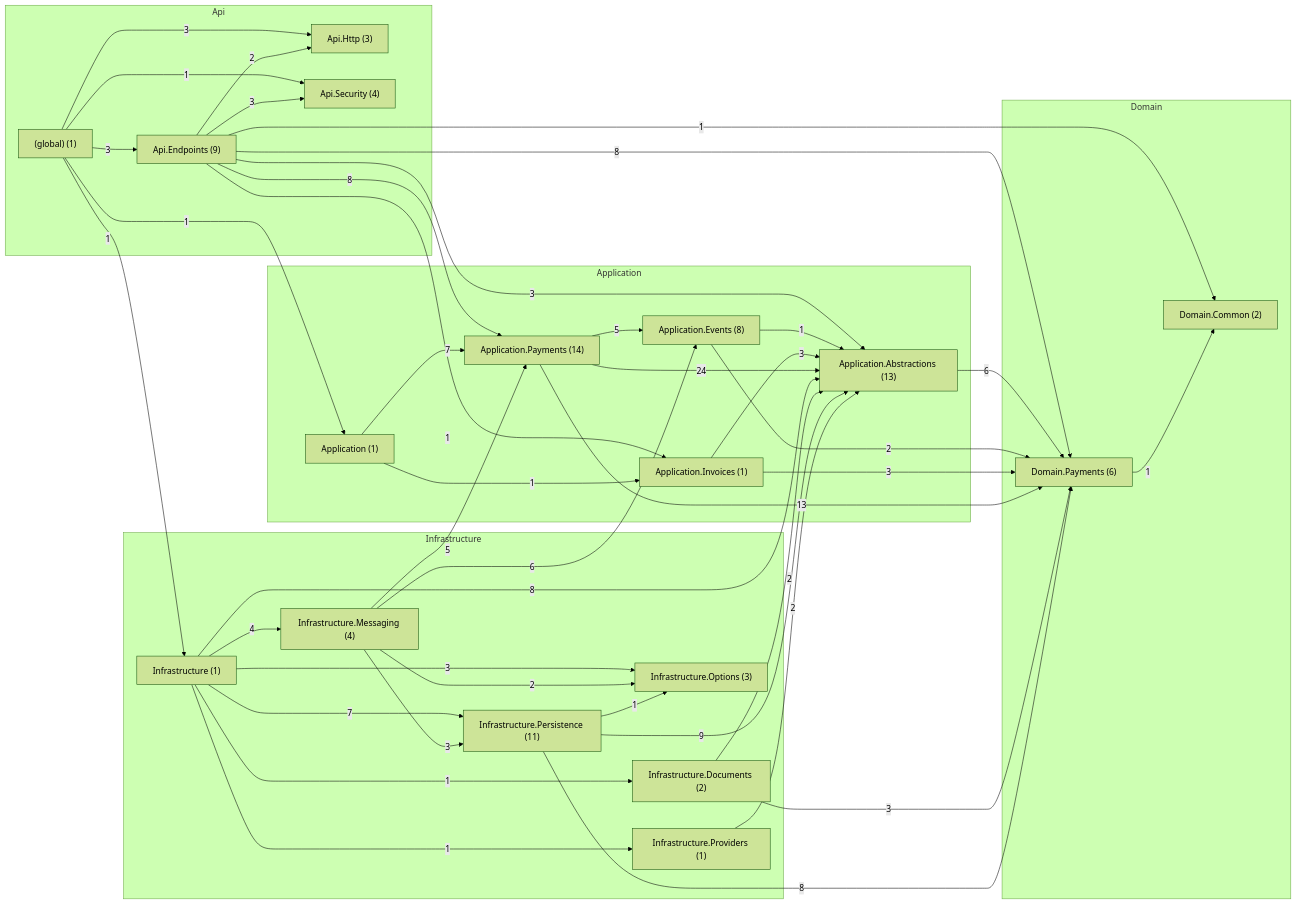
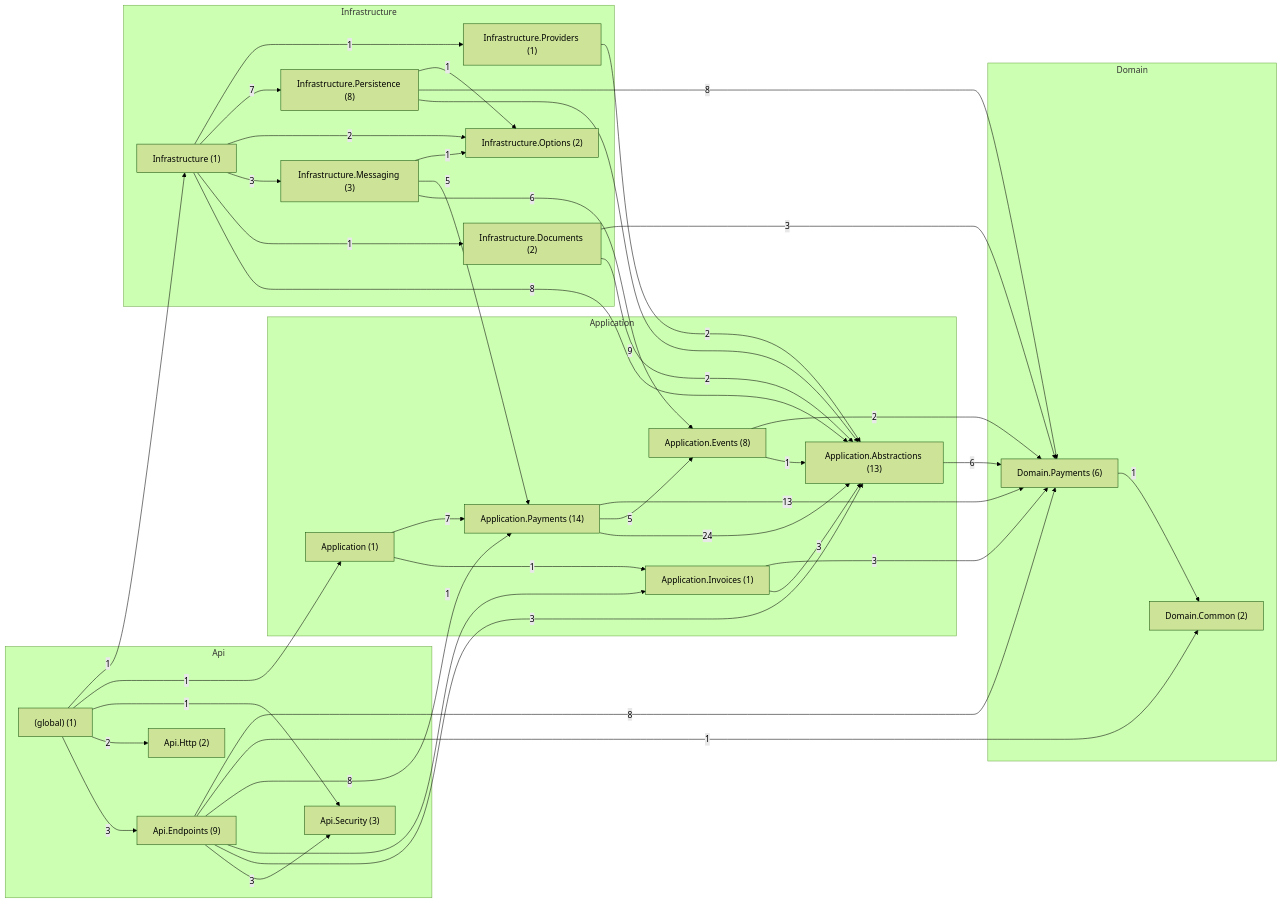
Before and after one commit to ARQUI-202630/quickpatch: the diagram in docs/architecture/codigo/despues/payments/README.md, drawn with Mermaid (forest theme). The commit also changed other lines of this file and 36 other files, not shown here.

````diff
--- a/docs/architecture/codigo/despues/payments/README.md
+++ b/docs/architecture/codigo/despues/payments/README.md
@@ -111,67 +111,65 @@
 ```mermaid
 flowchart LR
   subgraph Api
     _global_["(global) (1)"]
     QuickPatch_Payments_Api_Endpoints["Api.Endpoints (9)"]
-    QuickPatch_Payments_Api_Http["Api.Http (3)"]
-    QuickPatch_Payments_Api_Security["Api.Security (4)"]
+    QuickPatch_Payments_Api_Http["Api.Http (2)"]
+    QuickPatch_Payments_Api_Security["Api.Security (3)"]
   end
   subgraph Application
     QuickPatch_Payments_Application["Application (1)"]
     QuickPatch_Payments_Application_Abstractions["Application.Abstractions (13)"]
     QuickPatch_Payments_Application_Events["Application.Events (8)"]
     QuickPatch_Payments_Application_Invoices["Application.Invoices (1)"]
     QuickPatch_Payments_Application_Payments["Application.Payments (14)"]
   end
   subgraph Domain
     QuickPatch_Payments_Domain_Common["Domain.Common (2)"]
     QuickPatch_Payments_Domain_Payments["Domain.Payments (6)"]
   end
   subgraph Infrastructure
     QuickPatch_Payments_Infrastructure["Infrastructure (1)"]
     QuickPatch_Payments_Infrastructure_Documents["Infrastructure.Documents (2)"]
-    QuickPatch_Payments_Infrastructure_Messaging["Infrastructure.Messaging (4)"]
-    QuickPatch_Payments_Infrastructure_Options["Infrastructure.Options (3)"]
-    QuickPatch_Payments_Infrastructure_Persistence["Infrastructure.Persistence (11)"]
+    QuickPatch_Payments_Infrastructure_Messaging["Infrastructure.Messaging (3)"]
+    QuickPatch_Payments_Infrastructure_Options["Infrastructure.Options (2)"]
+    QuickPatch_Payments_Infrastructure_Persistence["Infrastructure.Persistence (8)"]
     QuickPatch_Payments_Infrastructure_Providers["Infrastructure.Providers (1)"]
   end
   _global_ -->|3| QuickPatch_Payments_Api_Endpoints
-  _global_ -->|3| QuickPatch_Payments_Api_Http
+  _global_ -->|2| QuickPatch_Payments_Api_Http
   _global_ -->|1| QuickPatch_Payments_Api_Security
   _global_ -->|1| QuickPatch_Payments_Application
   _global_ -->|1| QuickPatch_Payments_Infrastructure
-  QuickPatch_Payments_Api_Endpoints -->|2| QuickPatch_Payments_Api_Http
   QuickPatch_Payments_Api_Endpoints -->|3| QuickPatch_Payments_Api_Security
   QuickPatch_Payments_Api_Endpoints -->|3| QuickPatch_Payments_Application_Abstractions
   QuickPatch_Payments_Api_Endpoints -->|1| QuickPatch_Payments_Application_Invoices
   QuickPatch_Payments_Api_Endpoints -->|8| QuickPatch_Payments_Application_Payments
   QuickPatch_Payments_Api_Endpoints -->|1| QuickPatch_Payments_Domain_Common
   QuickPatch_Payments_Api_Endpoints -->|8| QuickPatch_Payments_Domain_Payments
   QuickPatch_Payments_Application -->|1| QuickPatch_Payments_Application_Invoices
   QuickPatch_Payments_Application -->|7| QuickPatch_Payments_Application_Payments
   QuickPatch_Payments_Application_Abstractions -->|6| QuickPatch_Payments_Domain_Payments
   QuickPatch_Payments_Application_Events -->|1| QuickPatch_Payments_Application_Abstractions
   QuickPatch_Payments_Application_Events -->|2| QuickPatch_Payments_Domain_Payments
   QuickPatch_Payments_Application_Invoices -->|3| QuickPatch_Payments_Application_Abstractions
   QuickPatch_Payments_Application_Invoices -->|3| QuickPatch_Payments_Domain_Payments
   QuickPatch_Payments_Application_Payments -->|24| QuickPatch_Payments_Application_Abstractions
   QuickPatch_Payments_Application_Payments -->|5| QuickPatch_Payments_Application_Events
   QuickPatch_Payments_Application_Payments -->|13| QuickPatch_Payments_Domain_Payments
   QuickPatch_Payments_Domain_Payments -->|1| QuickPatch_Payments_Domain_Common
   QuickPatch_Payments_Infrastructure -->|8| QuickPatch_Payments_Application_Abstractions
   QuickPatch_Payments_Infrastructure -->|1| QuickPatch_Payments_Infrastructure_Documents
-  QuickPatch_Payments_Infrastructure -->|4| QuickPatch_Payments_Infrastructure_Messaging
-  QuickPatch_Payments_Infrastructure -->|3| QuickPatch_Payments_Infrastructure_Options
+  QuickPatch_Payments_Infrastructure -->|3| QuickPatch_Payments_Infrastructure_Messaging
+  QuickPatch_Payments_Infrastructure -->|2| QuickPatch_Payments_Infrastructure_Options
   QuickPatch_Payments_Infrastructure -->|7| QuickPatch_Payments_Infrastructure_Persistence
   QuickPatch_Payments_Infrastructure -->|1| QuickPatch_Payments_Infrastructure_Providers
   QuickPatch_Payments_Infrastructure_Documents -->|2| QuickPatch_Payments_Application_Abstractions
   QuickPatch_Payments_Infrastructure_Documents -->|3| QuickPatch_Payments_Domain_Payments
   QuickPatch_Payments_Infrastructure_Messaging -->|6| QuickPatch_Payments_Application_Events
   QuickPatch_Payments_Infrastructure_Messaging -->|5| QuickPatch_Payments_Application_Payments
-  QuickPatch_Payments_Infrastructure_Messaging -->|2| QuickPatch_Payments_Infrastructure_Options
-  QuickPatch_Payments_Infrastructure_Messaging -->|3| QuickPatch_Payments_Infrastructure_Persistence
+  QuickPatch_Payments_Infrastructure_Messaging -->|1| QuickPatch_Payments_Infrastructure_Options
   QuickPatch_Payments_Infrastructure_Persistence -->|9| QuickPatch_Payments_Application_Abstractions
   QuickPatch_Payments_Infrastructure_Persistence -->|8| QuickPatch_Payments_Domain_Payments
   QuickPatch_Payments_Infrastructure_Persistence -->|1| QuickPatch_Payments_Infrastructure_Options
   QuickPatch_Payments_Infrastructure_Providers -->|2| QuickPatch_Payments_Application_Abstractions
 ```
````
